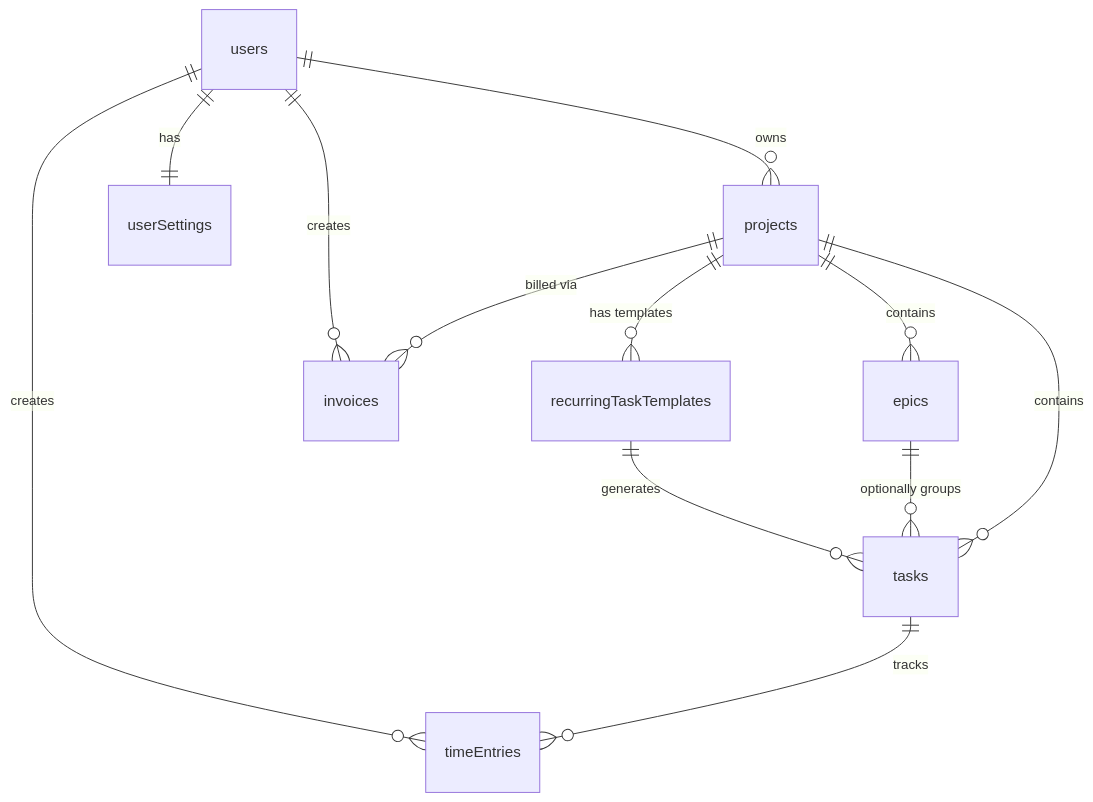
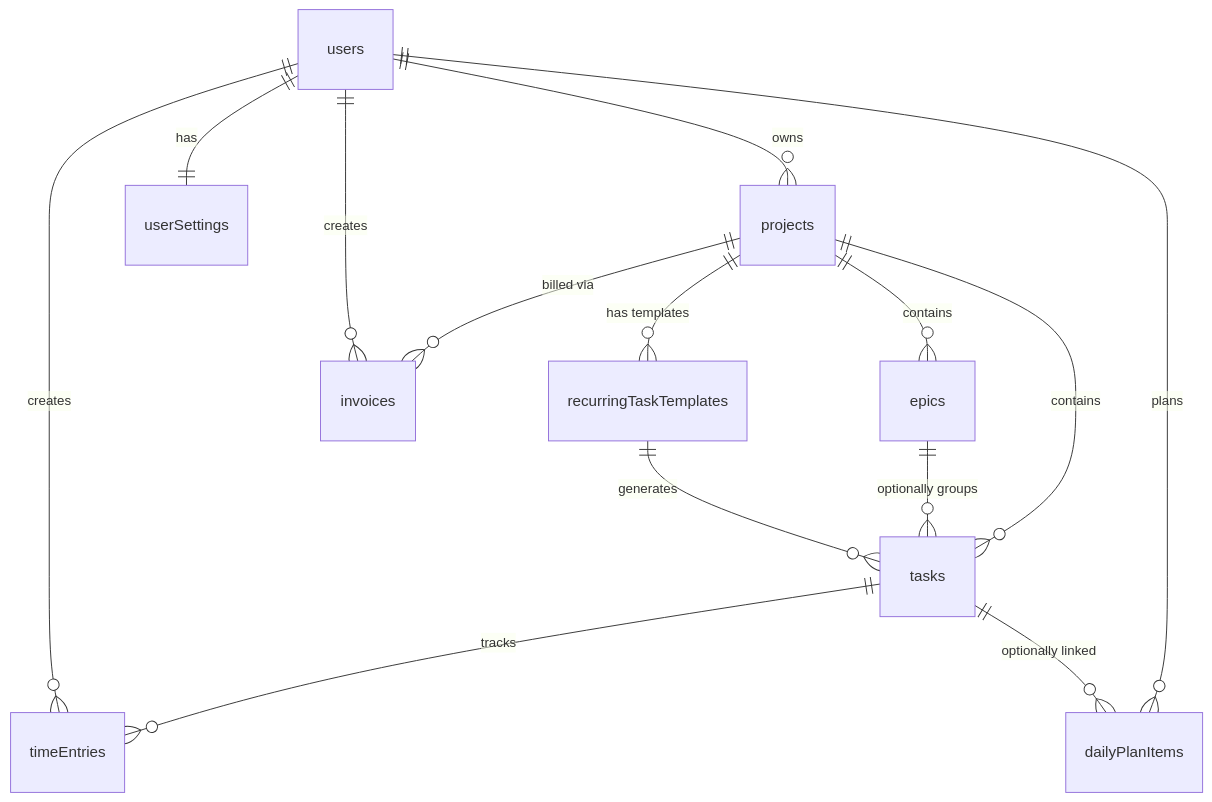
One commit to cardellinotech/velo changed the second of 2 diagrams in docs/prd.md. Above: the diagram before and after it, drawn with Mermaid. The commit also changed other lines of this file and 3 other files, not shown here.

````diff
--- a/docs/prd.md
+++ b/docs/prd.md
@@ -328,14 +342,16 @@
 ```mermaid
 erDiagram
     users ||--o{ projects : owns
     users ||--|| userSettings : has
     projects ||--o{ epics : contains
     projects ||--o{ tasks : contains
     projects ||--o{ invoices : "billed via"
     projects ||--o{ recurringTaskTemplates : "has templates"
     epics ||--o{ tasks : "optionally groups"
     tasks ||--o{ timeEntries : tracks
     users ||--o{ timeEntries : creates
     users ||--o{ invoices : creates
     recurringTaskTemplates ||--o{ tasks : "generates"
+    users ||--o{ dailyPlanItems : "plans"
+    tasks ||--o{ dailyPlanItems : "optionally linked"
 ```
````
